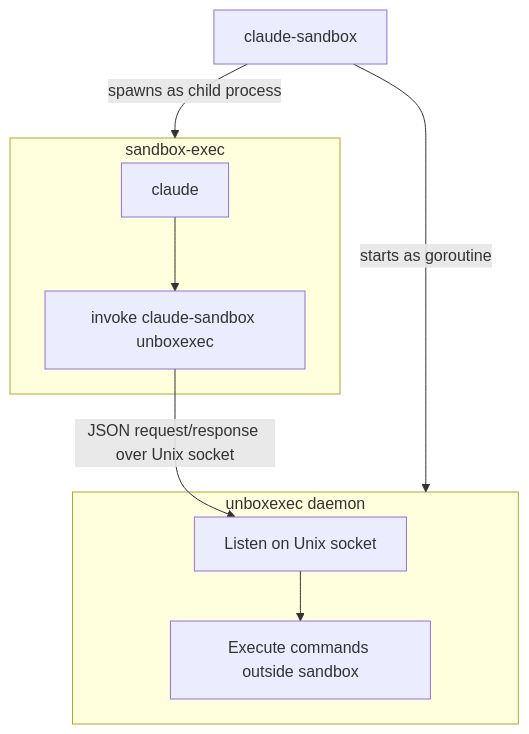
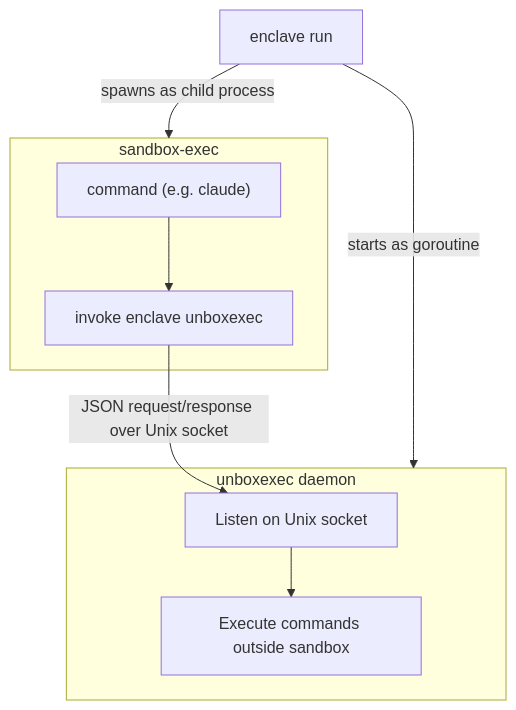
The diagram in README.md (kohkimakimoto/enclave), drawn with Mermaid before and after one commit. The commit also changed other lines of this file and 23 other files, not shown here.

First line of the commit message:
Redesign enclave: introduce run subcommand, flatten config schema, XDG paths

````diff
--- a/README.md
+++ b/README.md
@@ -273,20 +257,20 @@
 ```mermaid
 graph TD
-    A["claude-sandbox"]
+    A["enclave run"]
 
     subgraph daemon["unboxexec daemon"]
         B["Listen on Unix socket"]
         C["Execute commands outside sandbox"]
         B --> C
     end
 
     subgraph sandboxed["sandbox-exec"]
-        E["claude"]
-        F["invoke claude-sandbox unboxexec"]
+        E["command (e.g. claude)"]
+        F["invoke enclave unboxexec"]
         E --> F
     end
 
     A -- "starts as goroutine" --> daemon
     A -- "spawns as child process" --> sandboxed
     F -- "JSON request/response over Unix socket" --> B
 ```
````
